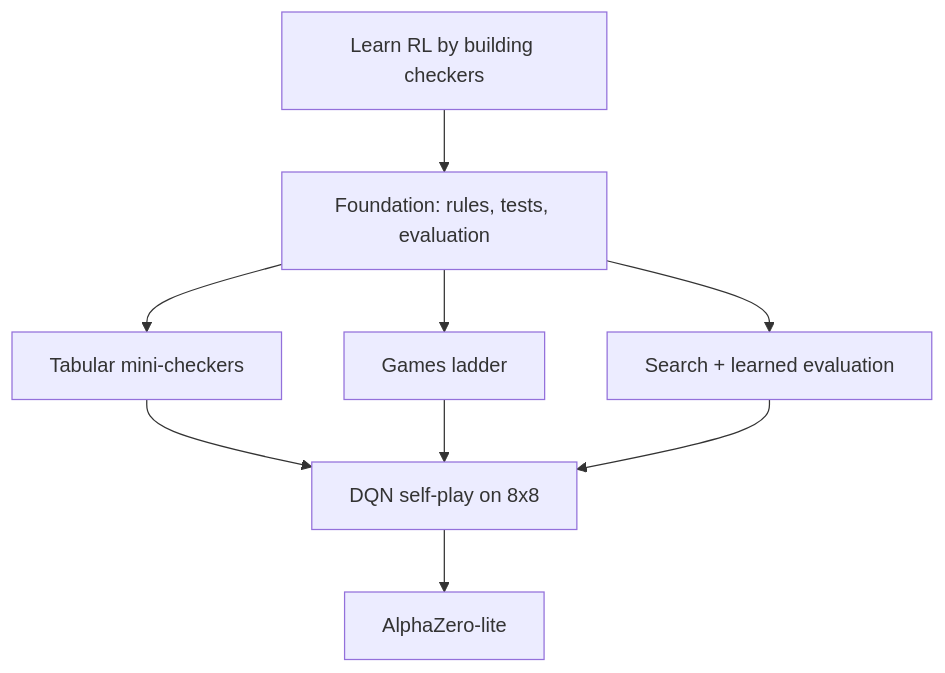
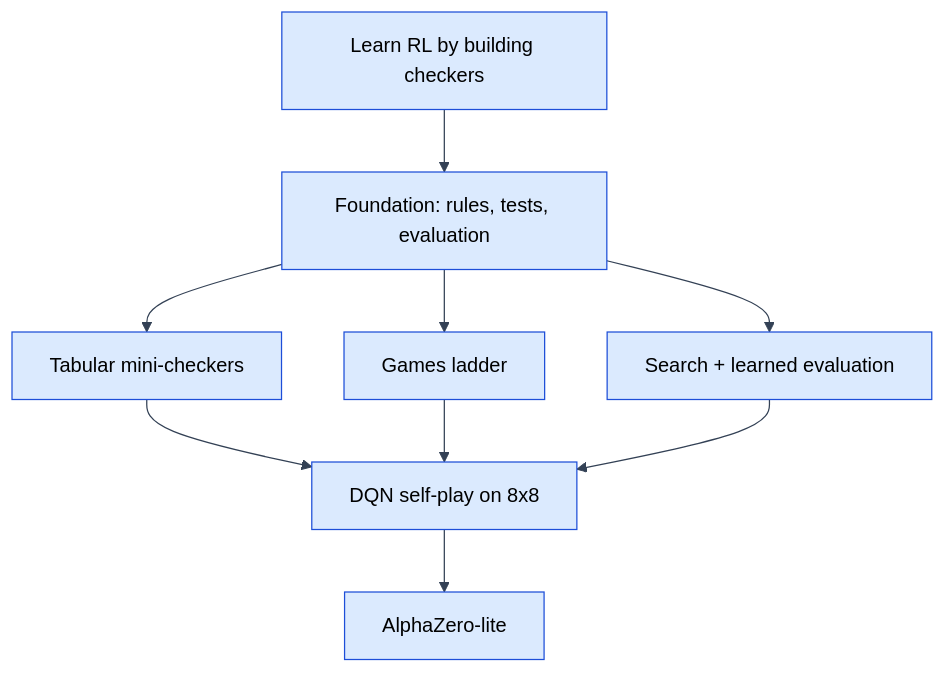
One commit to till75/RLCheckers changed the diagram in docs/00-brainstorm.md. Above: the diagram before and after it, drawn with Mermaid. The commit also changed 4 other files, not shown here.

First line of the commit message:
docs: force black Mermaid labels across figures

````diff
--- a/docs/00-brainstorm.md
+++ b/docs/00-brainstorm.md
@@ -147,11 +147,15 @@
 ```mermaid
+%%{init: {"theme": "base", "themeVariables": {"darkMode": false, "primaryTextColor": "#000000", "secondaryTextColor": "#000000", "tertiaryTextColor": "#000000", "textColor": "#000000", "lineColor": "#334155", "edgeLabelBackground": "#ffffff", "clusterBkg": "#f8fafc", "clusterBorder": "#94a3b8"}}}%%
 flowchart TD
-    G[Learn RL by building checkers] --> F[Foundation: rules, tests, evaluation]
-    F --> A[Tabular mini-checkers]
-    F --> E[Games ladder]
-    A --> B[DQN self-play on 8x8]
+    G["<span style='color:#000000'>Learn RL by building checkers</span>"] --> F["<span style='color:#000000'>Foundation: rules, tests, evaluation</span>"]
+    F --> A["<span style='color:#000000'>Tabular mini-checkers</span>"]
+    F --> E["<span style='color:#000000'>Games ladder</span>"]
+    A --> B["<span style='color:#000000'>DQN self-play on 8x8</span>"]
     E --> B
-    F --> D[Search + learned evaluation]
+    F --> D["<span style='color:#000000'>Search + learned evaluation</span>"]
     D --> B
-    B --> C[AlphaZero-lite]
+    B --> C["<span style='color:#000000'>AlphaZero-lite</span>"]
+
+    classDef stage fill:#dbeafe,stroke:#1d4ed8,color:#000000
+    class G,F,A,E,B,D,C stage
 ```
````
